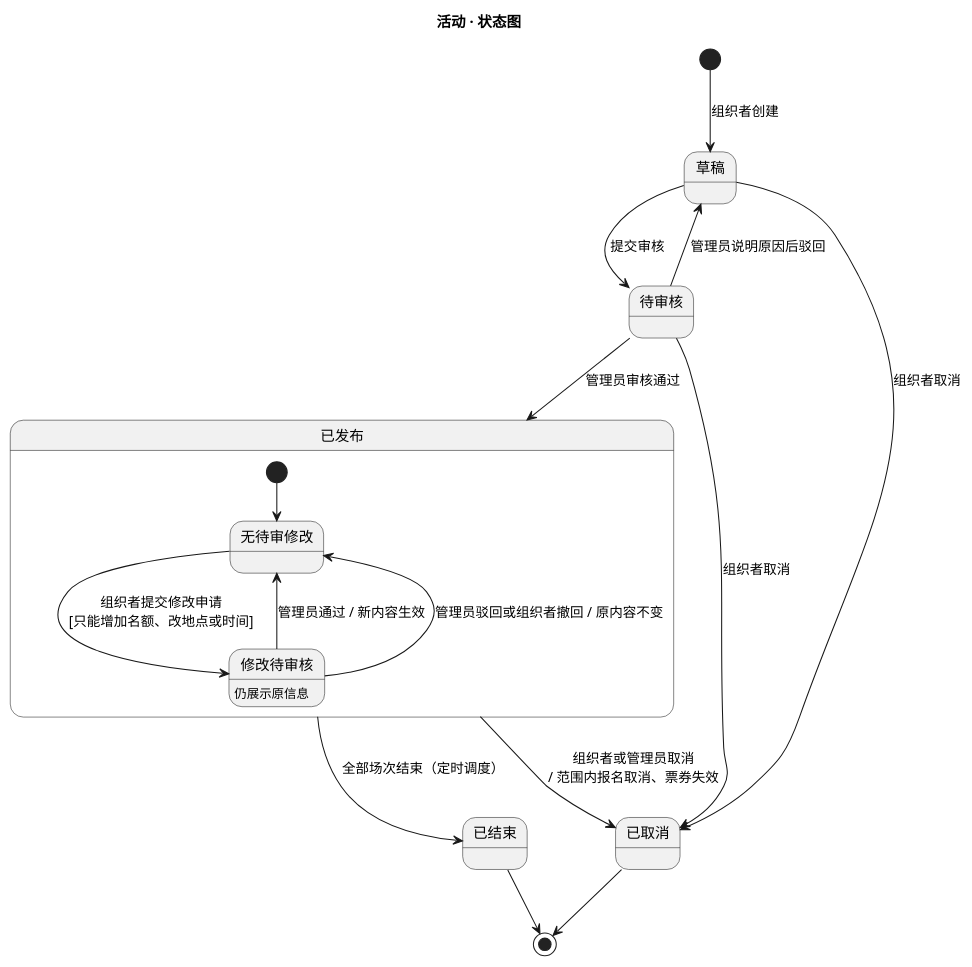
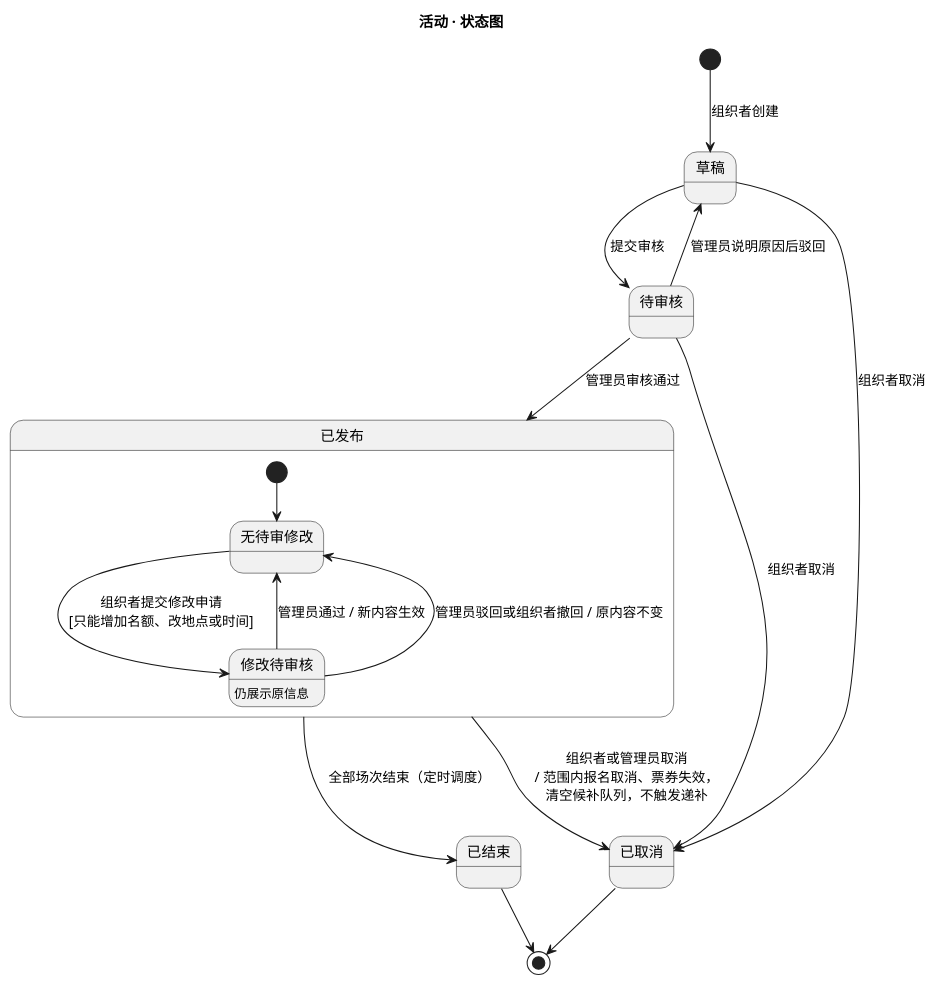
The diagram in lab2/UML/UML状态图-活动.puml (littleR77/2026SE-lab1), drawn with PlantUML before and after one commit. The commit also changed 6 other files, not shown here.

```diff
--- a/lab2/UML/UML状态图-活动.puml
+++ b/lab2/UML/UML状态图-活动.puml
@@ -1,33 +1,33 @@
 @startuml UML状态图-活动
 ' 行为性图：状态图。活动的审核发布生命周期，以及已发布活动的修改申请
 skinparam defaultFontName "Microsoft YaHei"
 skinparam shadowing false
 
 title 活动 · 状态图
 
 state "草稿" as Draft
 state "待审核" as Pending
 state "已发布" as Published {
   state "无待审修改" as Stable
   state "修改待审核" as ChangePending : 仍展示原信息
   [*] --> Stable
   Stable --> ChangePending : 组织者提交修改申请\n[只能增加名额、改地点或时间]
   ChangePending --> Stable : 管理员通过 / 新内容生效
   ChangePending --> Stable : 管理员驳回或组织者撤回 / 原内容不变
 }
 state "已结束" as Ended
 state "已取消" as Cancelled
 
 [*] --> Draft : 组织者创建
 Draft --> Pending : 提交审核
 Pending --> Draft : 管理员说明原因后驳回
 Pending --> Published : 管理员审核通过
 Published --> Ended : 全部场次结束（定时调度）
 Draft --> Cancelled : 组织者取消
 Pending --> Cancelled : 组织者取消
-Published --> Cancelled : 组织者或管理员取消\n/ 范围内报名取消、票券失效
+Published --> Cancelled : 组织者或管理员取消\n/ 范围内报名取消、票券失效，\n清空候补队列，不触发递补
 
 Ended --> [*]
 Cancelled --> [*]
 
 @enduml
```
